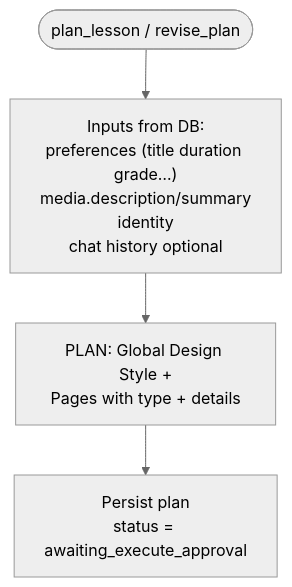
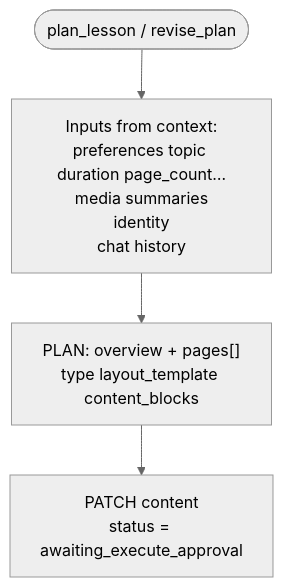
The third of 5 diagrams in docs/architecture/03-lesson-planner-executor-flow.md (BasselSallam2/teacher-mock), drawn with Mermaid (neutral theme) before and after one commit. The commit also changed other lines of this file and 10 other files, not shown here.

Commit message:
Enhance README and add system overview documentation; update media handling and lesson planning architecture. Introduce nested media folders and clarify production stack details.

````diff
--- a/docs/architecture/03-lesson-planner-executor-flow.md
+++ b/docs/architecture/03-lesson-planner-executor-flow.md
@@ -103,6 +112,6 @@
 ```mermaid
 flowchart TB
-  Job([plan_lesson / revise_plan]) --> In["Inputs from DB:\npreferences (title duration grade…)\nmedia.description/summary\nidentity\nchat history optional"]
-  In --> Plan["PLAN: Global Design Style +\nPages with type + details"]
-  Plan --> Store["Persist plan\nstatus = awaiting_execute_approval"]
+  Job([plan_lesson / revise_plan]) --> In["Inputs from context:\npreferences topic duration page_count…\nmedia summaries\nidentity\nchat history"]
+  In --> Plan["PLAN: overview + pages[]\ntype layout_template content_blocks"]
+  Plan --> Store["PATCH content\nstatus = awaiting_execute_approval"]
 ```
````
